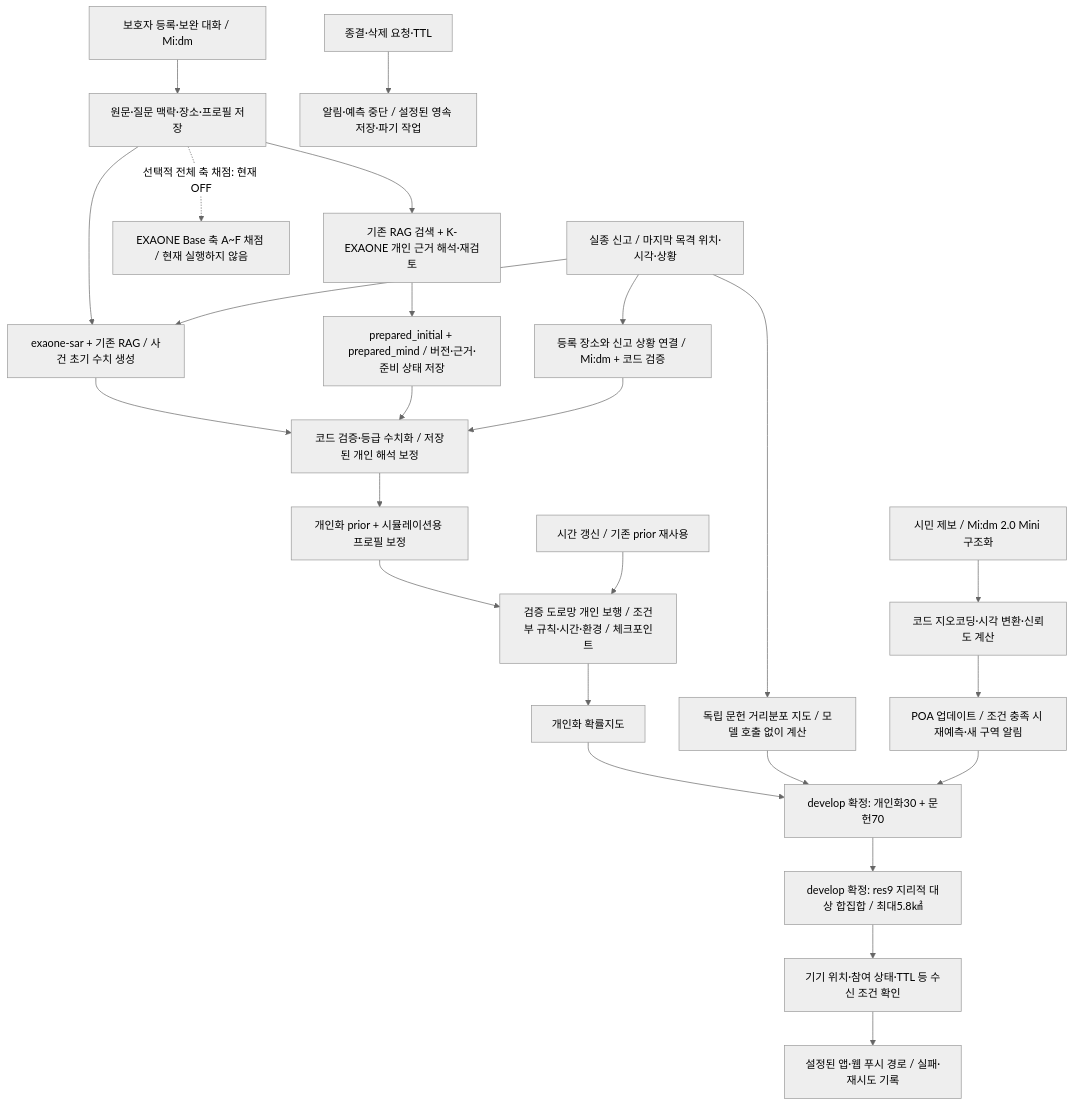
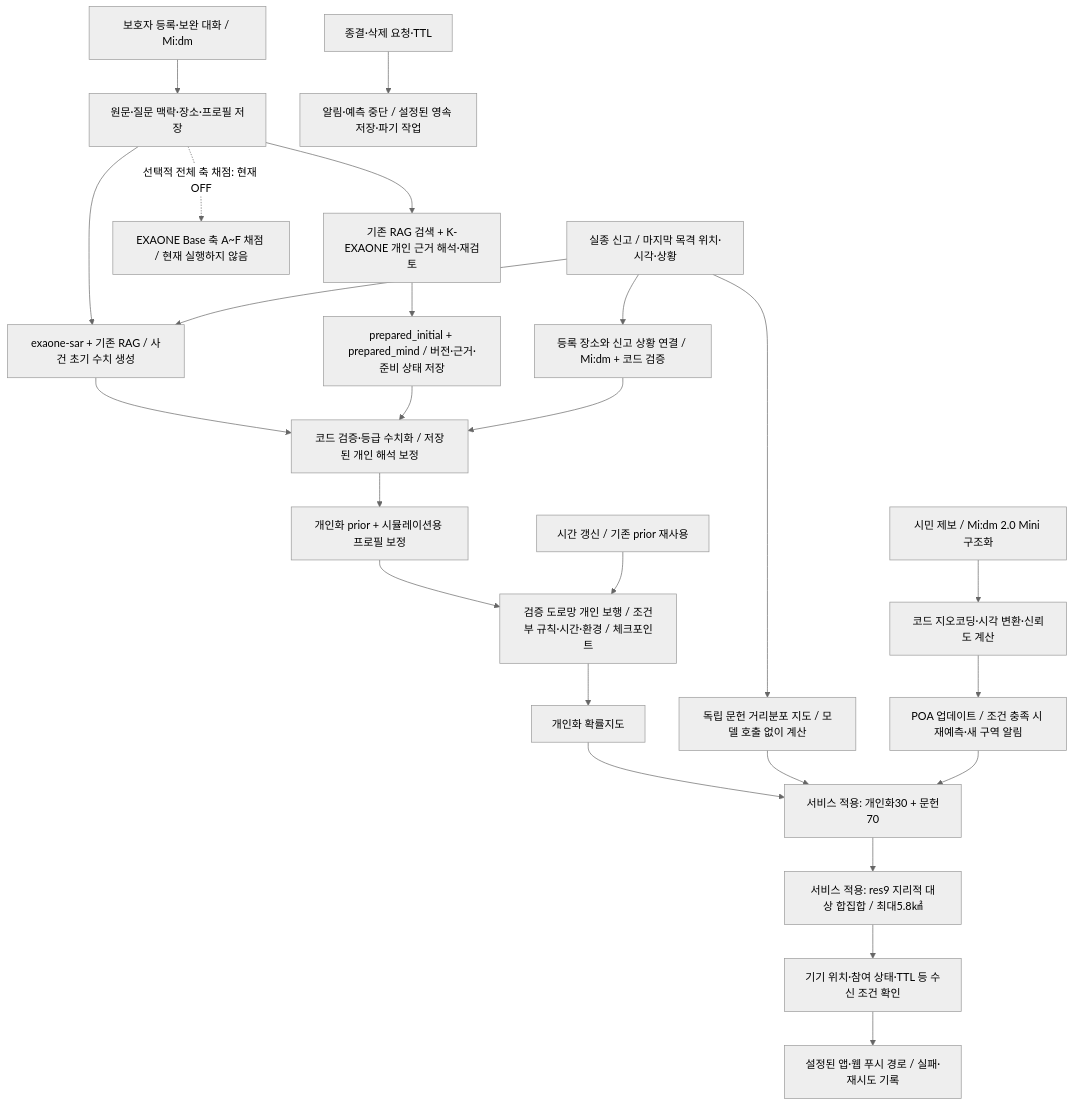
The diagram in docs/SERVICE_E2E_20261012.md (Donghaeng-AI-ROOKIE/Come-back-home), drawn with Mermaid (neutral theme) before and after one commit. The commit also changed other lines of this file and 12 other files, not shown here.

````diff
--- a/docs/SERVICE_E2E_20261012.md
+++ b/docs/SERVICE_E2E_20261012.md
@@ -27,27 +27,27 @@
 ```mermaid
 flowchart TD
   CHAT["보호자 등록·보완 대화 / Mi:dm"] --> PERSON["원문·질문 맥락·장소·프로필 저장"]
   PERSON --> PREP["기존 RAG 검색 + K-EXAONE 개인 근거 해석·재검토"]
   PREP --> SAVED["prepared_initial + prepared_mind / 버전·근거·준비 상태 저장"]
   PERSON -. "선택적 전체 축 채점: 현재 OFF" .-> BASE["EXAONE Base 축 A~F 채점 / 현재 실행하지 않음"]
   REPORT["실종 신고 / 마지막 목격 위치·시각·상황"] --> LINK["등록 장소와 신고 상황 연결 / Mi:dm + 코드 검증"]
   PERSON --> SAR["exaone-sar + 기존 RAG / 사건 초기 수치 생성"]
   REPORT --> SAR
   SAR --> CODE["코드 검증·등급 수치화 / 저장된 개인 해석 보정"]
   SAVED --> CODE
   LINK --> CODE
   CODE --> PRIOR["개인화 prior + 시뮬레이션용 프로필 보정"]
   PRIOR --> WALK["검증 도로망 개인 보행 / 조건부 규칙·시간·환경 / 체크포인트"]
   WALK --> PMAP["개인화 확률지도"]
   REPORT --> LIT["독립 문헌 거리분포 지도 / 모델 호출 없이 계산"]
-  PMAP --> MIX["develop 확정: 개인화30 + 문헌70"]
+  PMAP --> MIX["서비스 적용: 개인화30 + 문헌70"]
   LIT --> MIX
-  MIX --> ALERT["develop 확정: res9 지리적 대상 합집합 / 최대5.8㎢"]
+  MIX --> ALERT["서비스 적용: res9 지리적 대상 합집합 / 최대5.8㎢"]
   ALERT --> ELIG["기기 위치·참여 상태·TTL 등 수신 조건 확인"]
   ELIG --> SEND["설정된 앱·웹 푸시 경로 / 실패·재시도 기록"]
   TIP["시민 제보 / Mi:dm 2.0 Mini 구조화"] --> TCODE["코드 지오코딩·시각 변환·신뢰도 계산"]
   TCODE --> UPDATE["POA 업데이트 / 조건 충족 시 재예측·새 구역 알림"]
   UPDATE --> MIX
   CLOCK["시간 갱신 / 기존 prior 재사용"] --> WALK
   CLOSE["종결·삭제 요청·TTL"] --> LIFE["알림·예측 중단 / 설정된 영속 저장·파기 작업"]
 ```
````
